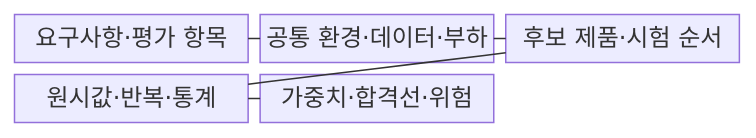
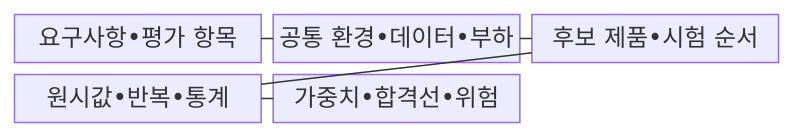
Before and after one commit to agnusdei1207/knowledge-base: the first of 2 diagrams in src/content/docs/notes/06-evaluation/010_bmt_methodology.md, drawn with Mermaid. The commit also changed other lines of this file and 953 other files, not shown here.

````diff
--- a/src/content/docs/notes/06-evaluation/010_bmt_methodology.md
+++ b/src/content/docs/notes/06-evaluation/010_bmt_methodology.md
@@ -65,13 +65,13 @@
 ```mermaid
 block-beta
   columns 3
-  R["요구사항·평가 항목"]
-  B["공통 환경·데이터·부하"]
-  C["후보 제품·시험 순서"]
-  M["원시값·반복·통계"]
-  S["가중치·합격선·위험"]
+  R["요구사항•평가 항목"]
+  B["공통 환경•데이터•부하"]
+  C["후보 제품•시험 순서"]
+  M["원시값•반복•통계"]
+  S["가중치•합격선•위험"]
   R --- B
   B --- C
   C --- M
   M --- S
 ```
````
